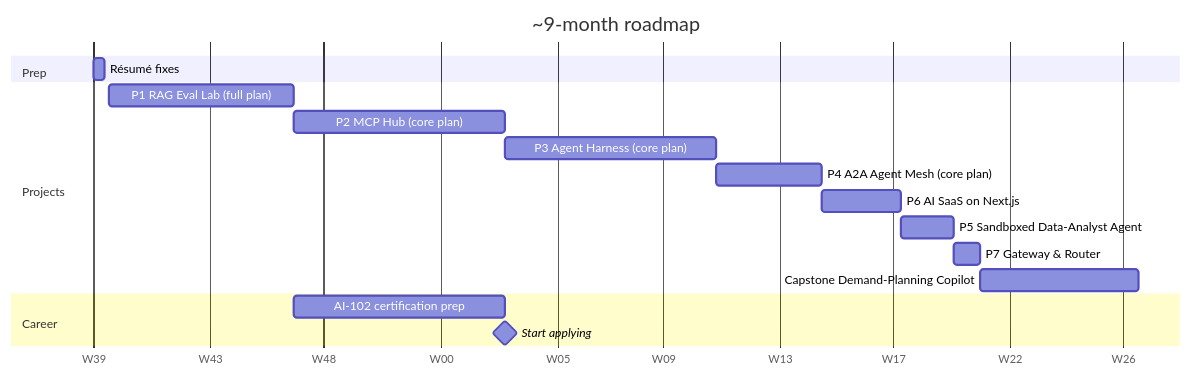
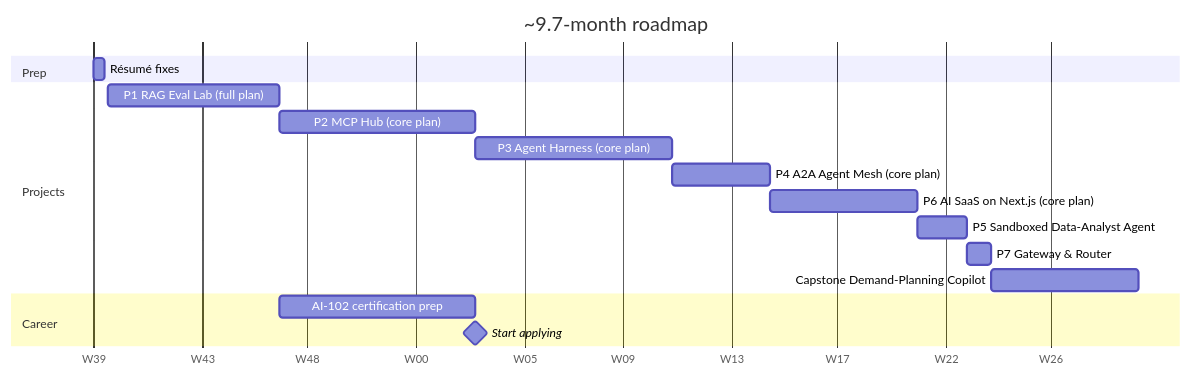
One commit to pRiMeXoMeGa/AI-Learning-Projects changed the diagram in 04-roadmap.md. Above: the diagram before and after it, drawn with Mermaid. The commit also changed other lines of this file and 7 other files, not shown here.

First line of the commit message:
Choose core plan for Project 6 and update the roadmap

````diff
--- a/04-roadmap.md
+++ b/04-roadmap.md
@@ -84,20 +98,20 @@
 ```mermaid
 gantt
-    title ~9-month roadmap
+    title ~9.7-month roadmap
     dateFormat YYYY-MM-DD
     axisFormat W%W
     section Prep
     Résumé fixes                        :r0, 2026-10-01, 3d
     section Projects
     P1 RAG Eval Lab (full plan)         :p1, 2026-10-05, 7w
     P2 MCP Hub (core plan)              :p2, after p1, 8w
     P3 Agent Harness (core plan)        :p3, after p2, 8w
     P4 A2A Agent Mesh (core plan)       :p4, after p3, 4w
-    P6 AI SaaS on Next.js               :p6, after p4, 3w
+    P6 AI SaaS on Next.js (core plan)   :p6, after p4, 6w
     P5 Sandboxed Data-Analyst Agent     :p5, after p6, 2w
     P7 Gateway & Router                 :p7, after p5, 1w
     Capstone Demand-Planning Copilot    :cap, after p7, 6w
     section Career
     AI-102 certification prep           :cert, after p1, 8w
     Start applying                      :milestone, after p2, 0d
 ```
````
